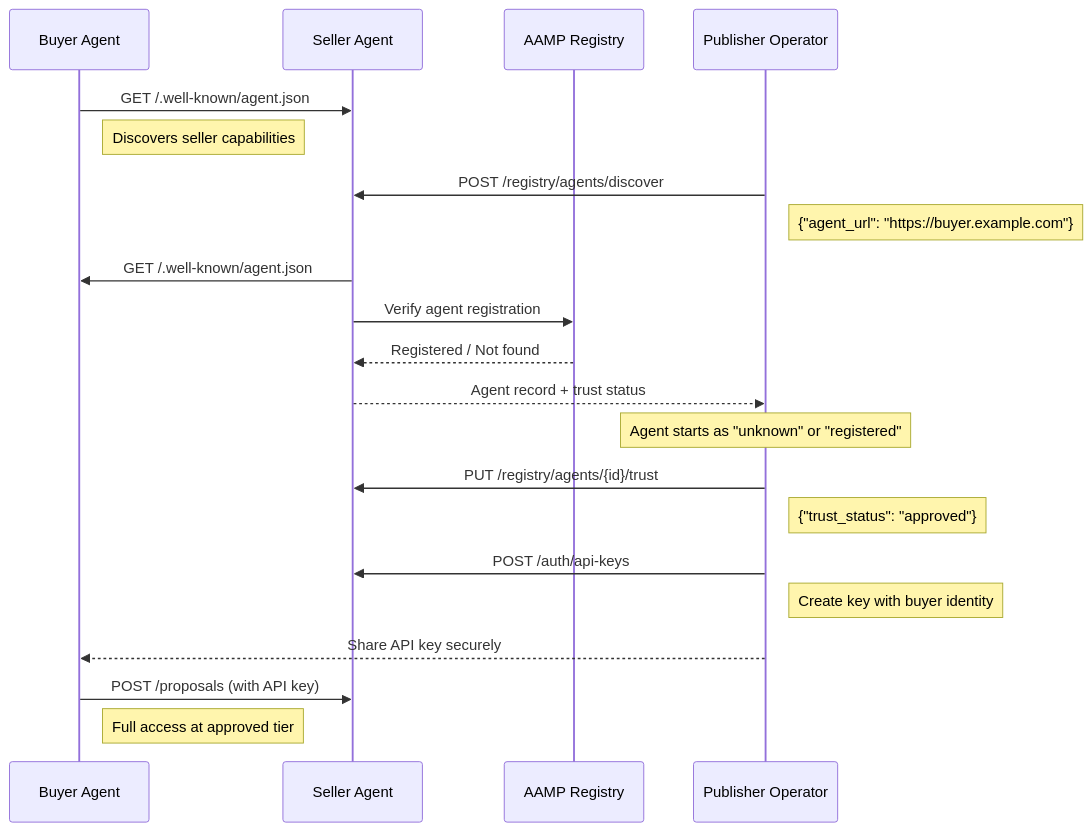
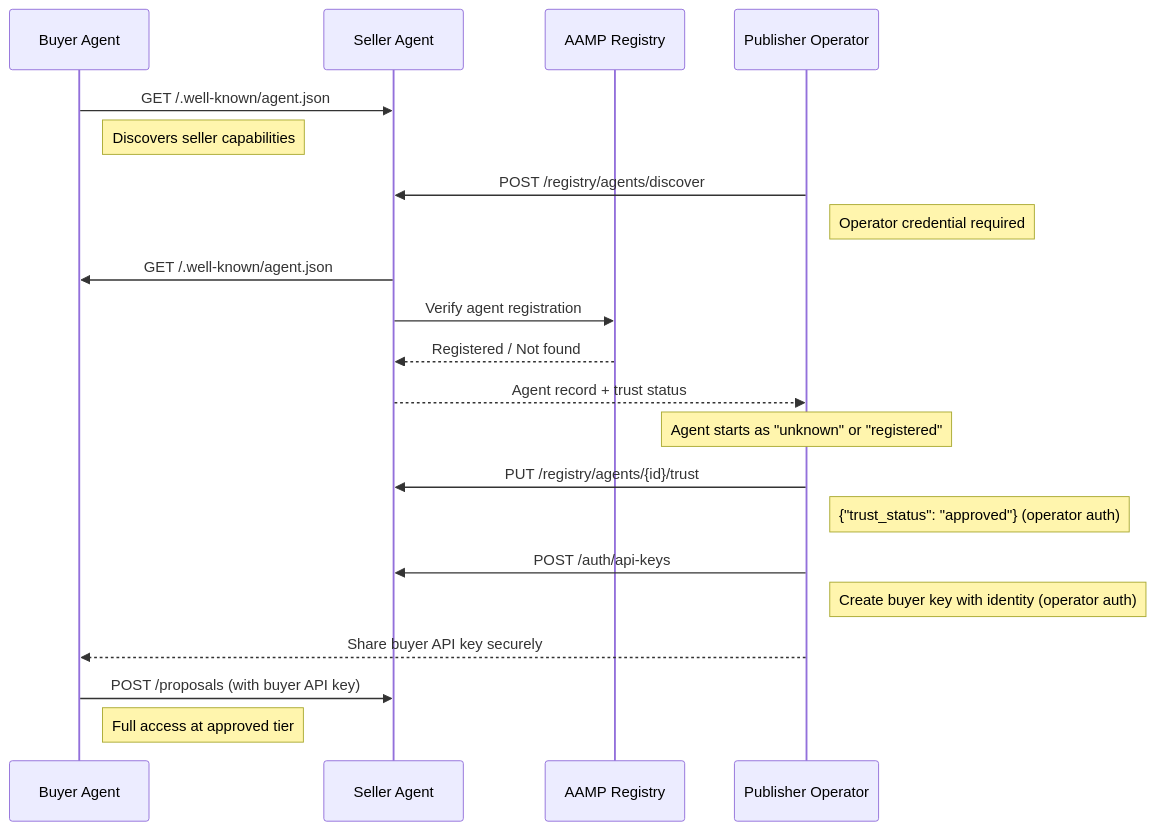
One commit to IABTechLab/seller-agent changed the diagram in docs/guides/agent-management.md. Above: the diagram before and after it, drawn with Mermaid. The commit also changed other lines of this file and 18 other files, not shown here.

Commit message:
updates documents. adds specific operator key request object

````diff
--- a/docs/guides/agent-management.md
+++ b/docs/guides/agent-management.md
@@ -276,30 +311,30 @@
 ```mermaid
 sequenceDiagram
     participant Buyer as Buyer Agent
     participant Seller as Seller Agent
     participant Registry as AAMP Registry
     participant Op as Publisher Operator
 
     Buyer->>Seller: GET /.well-known/agent.json
     Note right of Buyer: Discovers seller capabilities
 
     Op->>Seller: POST /registry/agents/discover
-    Note right of Op: {"agent_url": "https://buyer.example.com"}
+    Note right of Op: Operator credential required
     Seller->>Buyer: GET /.well-known/agent.json
     Seller->>Registry: Verify agent registration
     Registry-->>Seller: Registered / Not found
     Seller-->>Op: Agent record + trust status
 
     Note over Op: Agent starts as "unknown" or "registered"
 
     Op->>Seller: PUT /registry/agents/{id}/trust
-    Note right of Op: {"trust_status": "approved"}
+    Note right of Op: {"trust_status": "approved"} (operator auth)
 
     Op->>Seller: POST /auth/api-keys
-    Note right of Op: Create key with buyer identity
+    Note right of Op: Create buyer key with identity (operator auth)
 
-    Op-->>Buyer: Share API key securely
+    Op-->>Buyer: Share buyer API key securely
 
-    Buyer->>Seller: POST /proposals (with API key)
+    Buyer->>Seller: POST /proposals (with buyer API key)
     Note right of Buyer: Full access at approved tier
 ```
````
